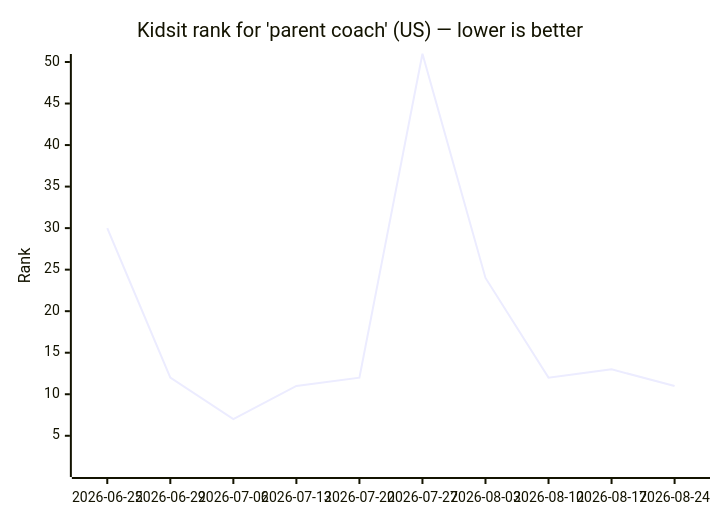
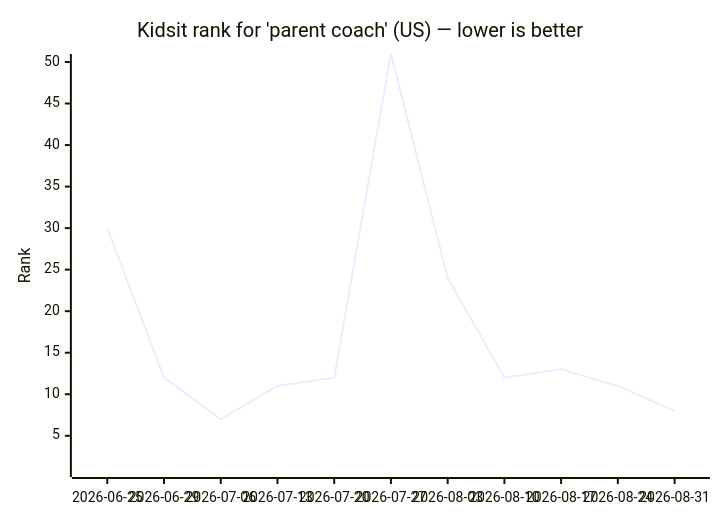
Before and after one commit to omer72/aso-tool: the diagram in scout-log.md, drawn with Mermaid. The commit also changed other lines of this file, not shown here.

````diff
--- a/scout-log.md
+++ b/scout-log.md
@@ -8,7 +8,7 @@
 ```mermaid
 xychart-beta
     title "Kidsit rank for 'parent coach' (US) — lower is better"
-    x-axis ["2026-06-25", "2026-06-29", "2026-07-06", "2026-07-13", "2026-07-20", "2026-07-27", "2026-08-03", "2026-08-10", "2026-08-17", "2026-08-24"]
+    x-axis ["2026-06-25", "2026-06-29", "2026-07-06", "2026-07-13", "2026-07-20", "2026-07-27", "2026-08-03", "2026-08-10", "2026-08-17", "2026-08-24", "2026-08-31"]
     y-axis "Rank" 1 --> 50
-    line [30, 12, 7, 11, 12, 51, 24, 12, 13, 11]
+    line [30, 12, 7, 11, 12, 51, 24, 12, 13, 11, 8]
 ```
````
